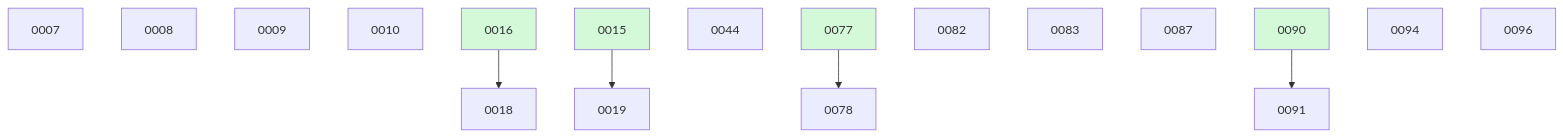
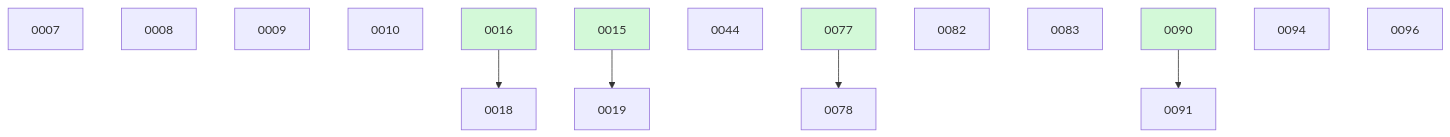
Before and after one commit to danielhanold/docket: the diagram in docs/changes/BOARD.md, drawn with Mermaid. The commit also changed other lines of this file, not shown here.

````diff
--- a/docs/changes/BOARD.md
+++ b/docs/changes/BOARD.md
@@ -39,22 +38,21 @@
 ```mermaid
 graph TD
   0007
   0008
   0009
   0010
   0016 --> 0018
   0015 --> 0019
   0044
   0077 --> 0078
   0082
   0083
-  0087
   0090 --> 0091
   0094
   0096
   0015:::done
   0016:::done
   0077:::done
   0090:::done
   classDef done fill:#d3f9d8;
 ```
````
